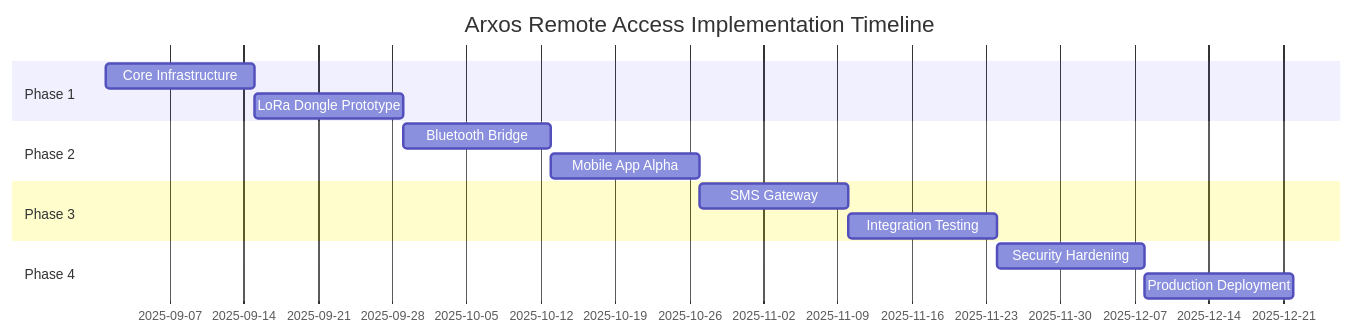
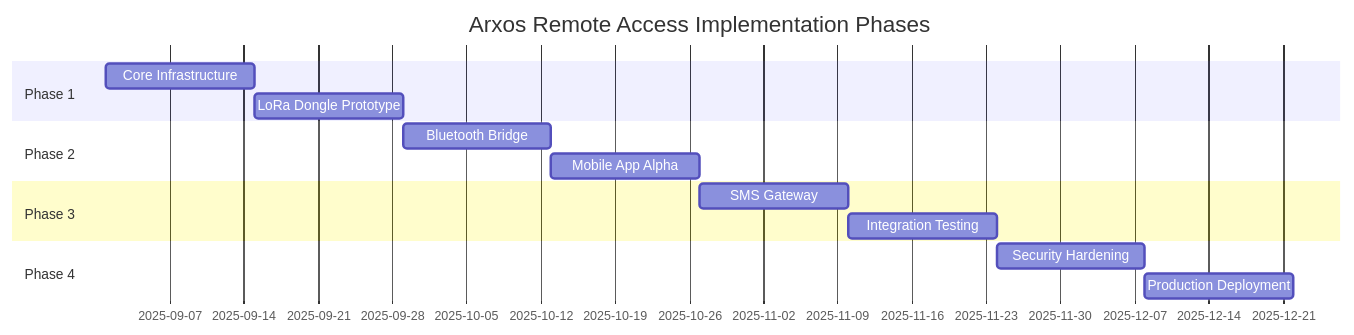
One commit to arx-os/arxos changed the diagram in docs/06-implementation/implementation-roadmap.md. Above: the diagram before and after it, drawn with Mermaid. The commit also changed other lines of this file and 19 other files, not shown here.

````diff
--- a/docs/06-implementation/implementation-roadmap.md
+++ b/docs/06-implementation/implementation-roadmap.md
@@ -12,17 +11,17 @@
 ```mermaid
 gantt
-    title Arxos Remote Access Implementation Timeline
+    title Arxos Remote Access Implementation Phases
     dateFormat  YYYY-MM-DD
     section Phase 1
     Core Infrastructure    :2025-09-01, 14d
     LoRa Dongle Prototype :14d
     section Phase 2
     Bluetooth Bridge      :2025-09-29, 14d
     Mobile App Alpha      :14d
     section Phase 3
     SMS Gateway          :2025-10-27, 14d
     Integration Testing   :14d
     section Phase 4
     Security Hardening   :2025-11-24, 14d
     Production Deployment:14d
 ```
````
